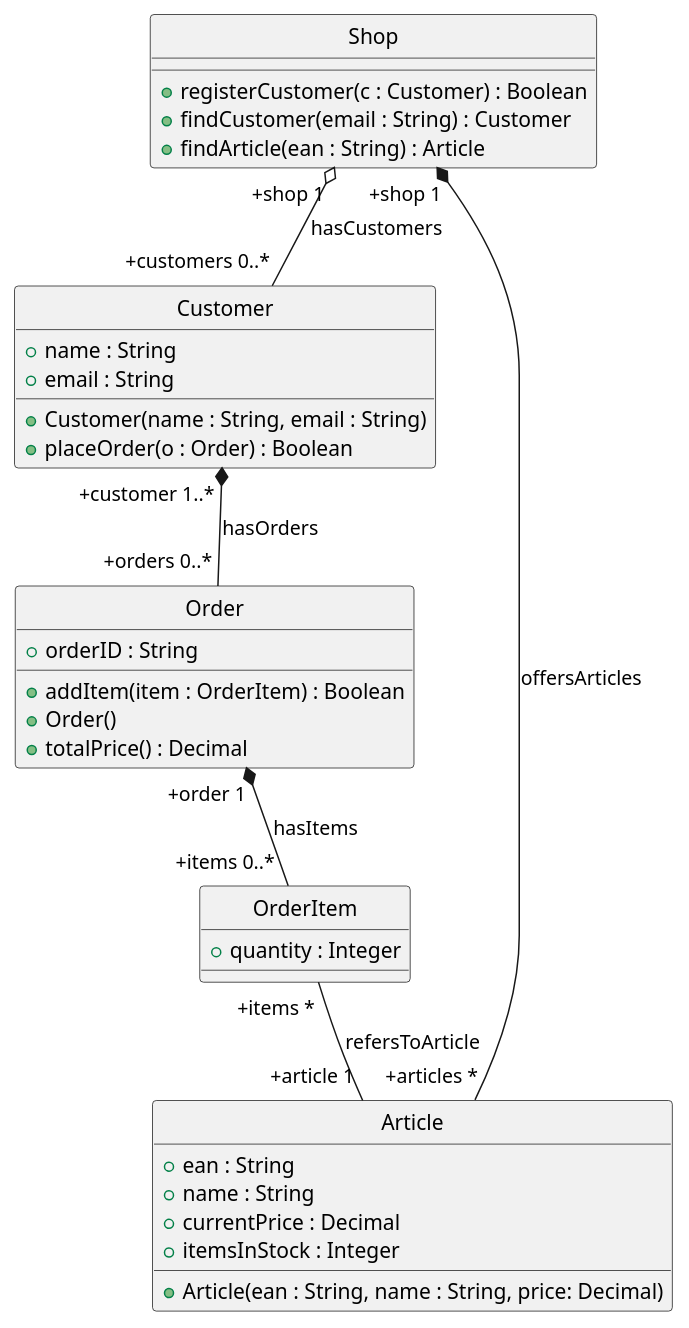
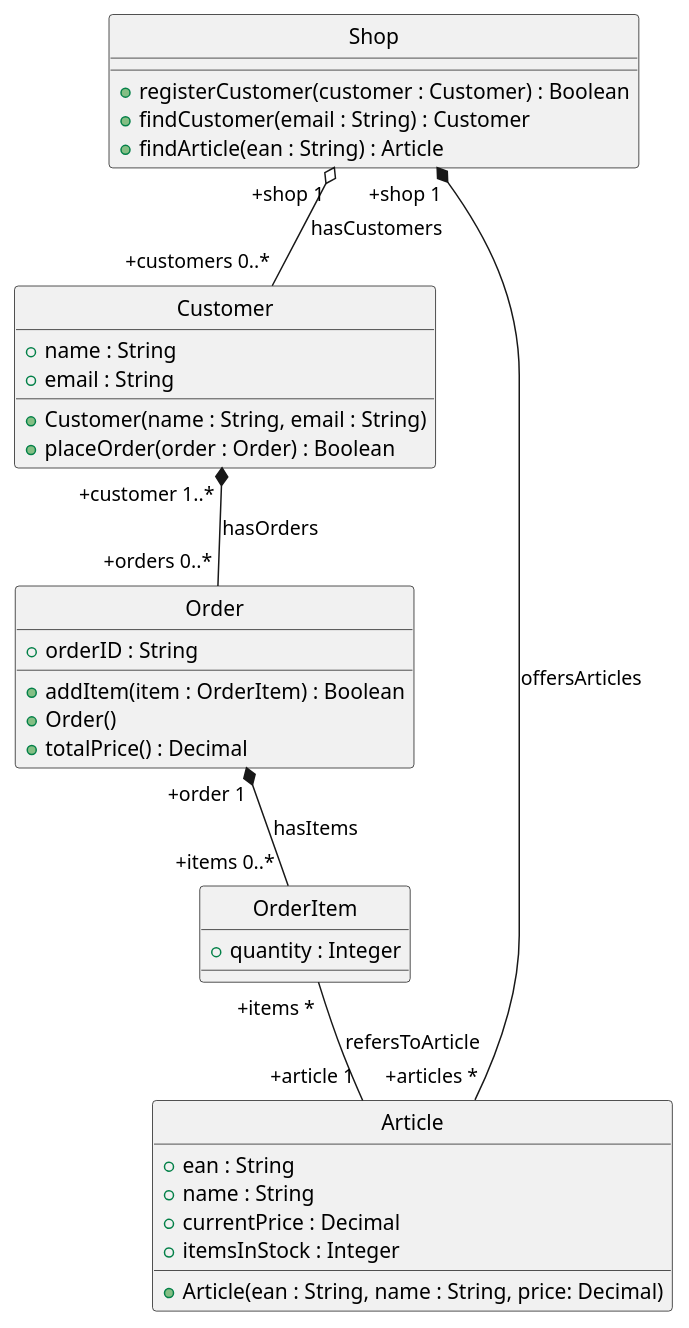
Before and after one commit to scx-othr/MoProCo-evaluation: the diagram in shop/classical-uml/main.puml, drawn with PlantUML. The commit also changed 13 other files, not shown here.

```diff
--- a/shop/classical-uml/main.puml
+++ b/shop/classical-uml/main.puml
@@ -1,41 +1,41 @@
 @startuml
 hide circle
 
 class Shop {
-  +registerCustomer(c : Customer) : Boolean
+  +registerCustomer(customer : Customer) : Boolean
   +findCustomer(email : String) : Customer
   +findArticle(ean : String) : Article
 }
 
 class Customer {
   +name : String
   +email : String
   +Customer(name : String, email : String)
-  +placeOrder(o : Order) : Boolean
+  +placeOrder(order : Order) : Boolean
 }
 
 class Order {
   +orderID : String
   +addItem(item : OrderItem) : Boolean
   +Order()
   +totalPrice() : Decimal
 }
 
 class Article {
   +ean : String
   +name : String
   +currentPrice : Decimal
   +itemsInStock : Integer
   +Article(ean : String, name : String, price: Decimal)
 }
 
 class OrderItem {
   +quantity : Integer
 }
 
 Shop "+shop 1" o-- "+customers 0..*" Customer : hasCustomers
 Customer "+customer 1..*" *-- "+orders 0..*" Order : hasOrders
 Order "+order 1" *-- "+items 0..*" OrderItem : hasItems
 OrderItem "+items *" -- "+article 1" Article : refersToArticle
 Shop "+shop 1" *-- "+articles *" Article : offersArticles
 @enduml
```
